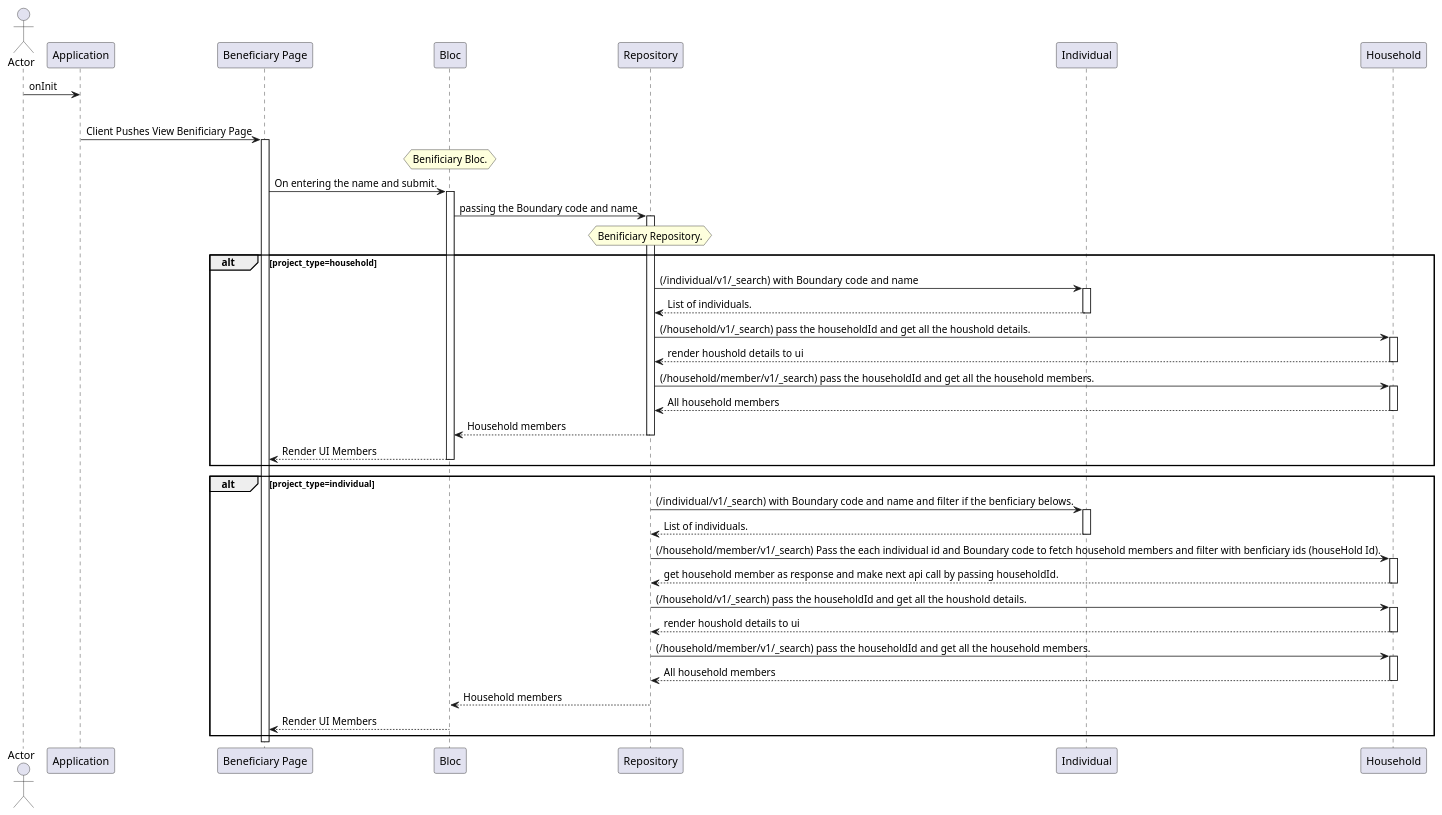
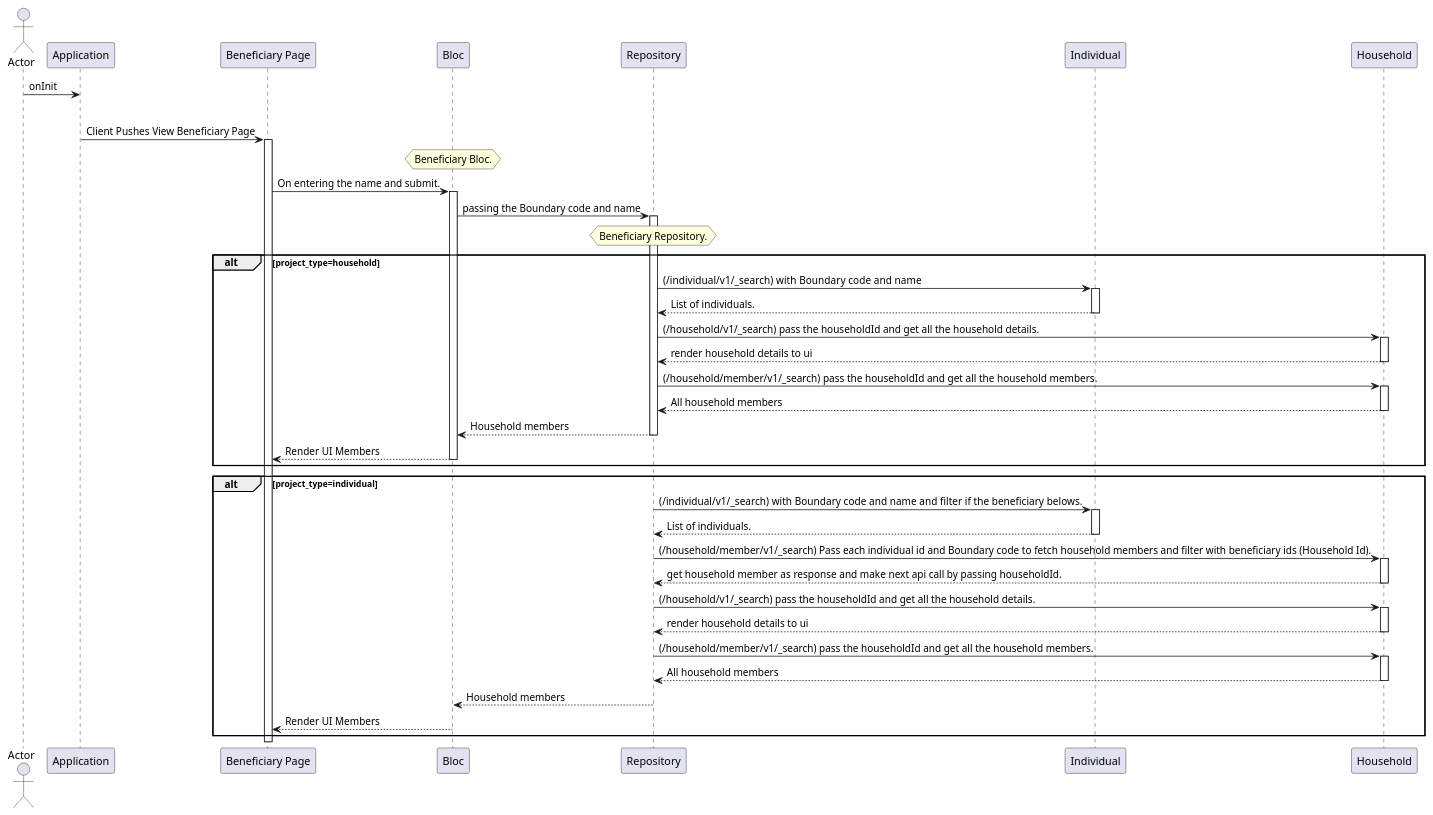
Before and after one commit to egovernments/health-api-specs: the diagram in sequence-diagrams/user-flows/view-beneficiary.puml, drawn with PlantUML. The commit also changed 6 other files, not shown here.

Commit message:
Sequence Diagrams: User flows - Fix grammar and typos

```diff
--- a/sequence-diagrams/user-flows/view-beneficiary.puml
+++ b/sequence-diagrams/user-flows/view-beneficiary.puml
@@ -1,53 +1,53 @@
 @startuml Beneficiary Search
 
 actor Actor
 participant Application as client
 participant "Beneficiary Page" as beneficiary
 participant Bloc
 participant Repository as repository
 participant Individual as individual_service
-participant Household as house_hold_service
+participant Household as household_service
 
 Actor -> client: onInit
-group  View Benificiary
+group  View Beneficiary
 
     autoactivate on
 
 
-    client -> beneficiary: Client Pushes View Benificiary Page
-    hnote over Bloc : Benificiary Bloc.
+    client -> beneficiary: Client Pushes View Beneficiary Page
+    hnote over Bloc : Beneficiary Bloc.
     beneficiary -> Bloc : On entering the name and submit.
     Bloc -> repository : passing the Boundary code and name
-    hnote over repository : Benificiary Repository.
+    hnote over repository : Beneficiary Repository.
 
 alt project_type=household
     repository -> individual_service : (/individual/v1/_search)  with Boundary code and name
     return List of individuals.
 
-    repository -> house_hold_service : (/household/v1/_search) pass the householdId and get all the houshold details.
-    return render houshold details to ui
+    repository -> household_service : (/household/v1/_search) pass the householdId and get all the household details.
+    return render household details to ui
 
-    repository -> house_hold_service : (/household/member/v1/_search) pass the householdId and get all the household members.
+    repository -> household_service : (/household/member/v1/_search) pass the householdId and get all the household members.
     return All household members
 
     repository --> Bloc: Household members
     Bloc --> beneficiary:  Render UI Members
 end
 
 alt project_type=individual 
- repository -> individual_service : (/individual/v1/_search)  with Boundary code and name and filter if the benficiary belows.
+ repository -> individual_service : (/individual/v1/_search)  with Boundary code and name and filter if the beneficiary belows.
     return List of individuals.
-        repository -> house_hold_service: (/household/member/v1/_search) Pass the each individual id and Boundary code to fetch household members and filter with benficiary ids (houseHold Id).
+        repository -> household_service: (/household/member/v1/_search) Pass each individual id and Boundary code to fetch household members and filter with beneficiary ids (Household Id).
     return get household member as response and make next api call by passing householdId.
-      repository -> house_hold_service : (/household/v1/_search) pass the householdId and get all the houshold details.
-    return render houshold details to ui
+      repository -> household_service : (/household/v1/_search) pass the householdId and get all the household details.
+    return render household details to ui
 
-    repository -> house_hold_service : (/household/member/v1/_search) pass the householdId and get all the household members.
+    repository -> household_service : (/household/member/v1/_search) pass the householdId and get all the household members.
     return All household members
 
     repository --> Bloc: Household members
     Bloc --> beneficiary:  Render UI Members
 
     autoactivate off
 end
 @enduml
```
